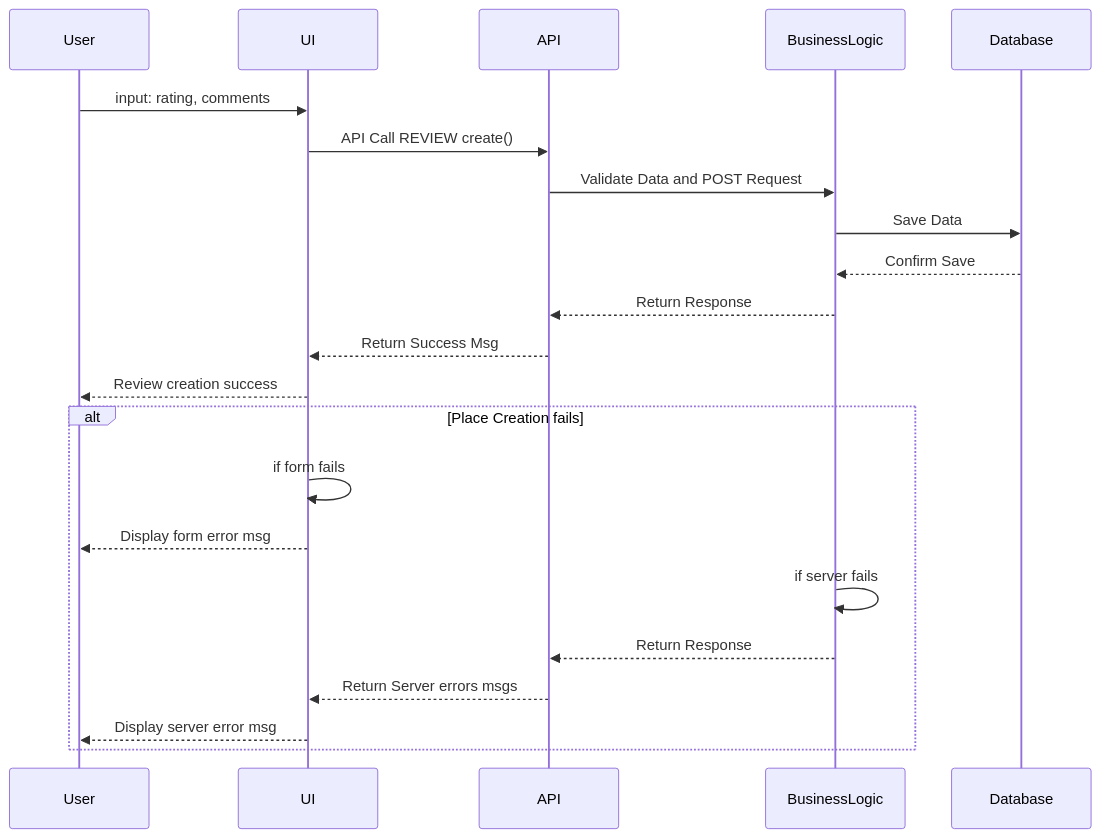
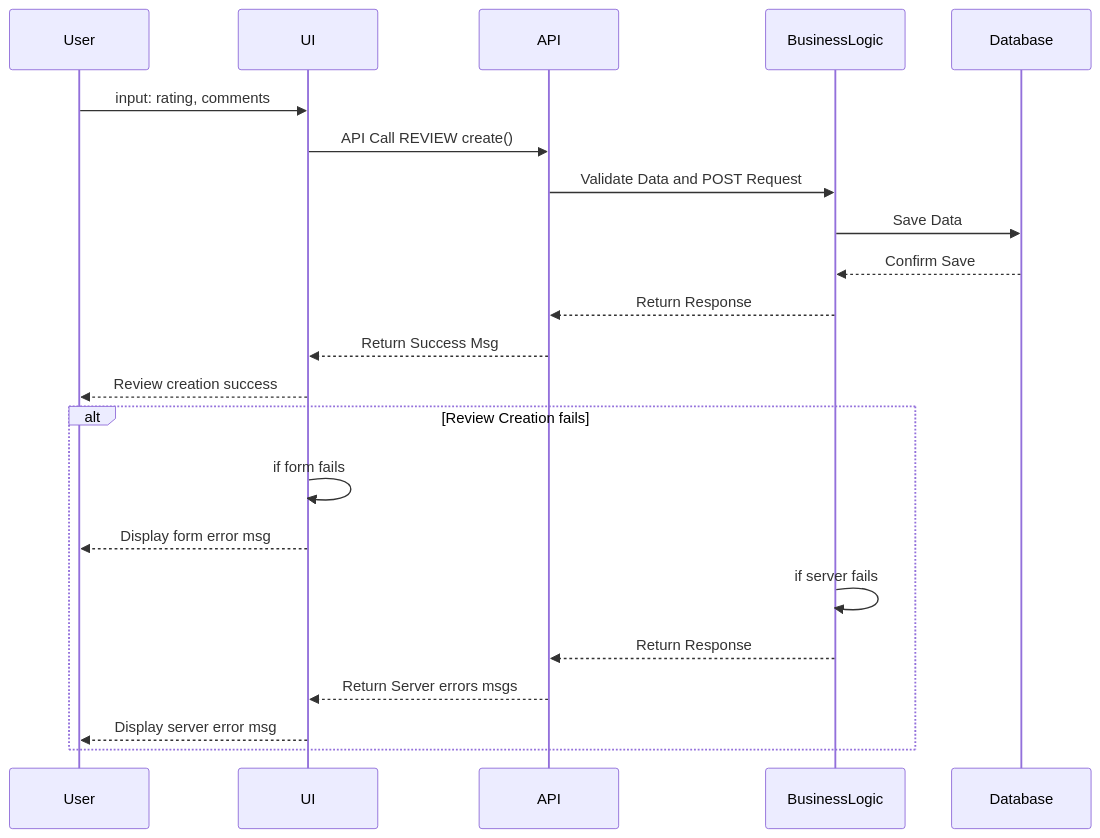
One commit to JulieRaph/holbertonschool-hbnb changed the third of 4 diagrams in part_1/sequence_diagrams.md. Above: the diagram before and after it, drawn with Mermaid. The commit also changed other lines of this file, not shown here.

Commit message:
Fix alt flows

````diff
--- a/part_1/sequence_diagrams.md
+++ b/part_1/sequence_diagrams.md
@@ -73,25 +73,25 @@
 ```mermaid
 sequenceDiagram
   participant User as User
   participant UI as UI
   participant API as API
   participant BusinessLogic as BusinessLogic
   participant Database as Database
 
   User ->> UI: input: rating, comments
   UI ->> API: API Call REVIEW create()
   API ->> BusinessLogic: Validate Data and POST Request
   BusinessLogic ->> Database: Save Data
   Database -->> BusinessLogic: Confirm Save
   BusinessLogic -->> API: Return Response
   API -->> UI: Return Success Msg
   UI -->> User: Review creation success
-  alt Place Creation fails
+  alt Review Creation fails
     UI ->> UI: if form fails
     UI -->> User: Display form error msg
     BusinessLogic ->> BusinessLogic: if server fails
     BusinessLogic -->> API: Return Response
     API -->> UI: Return Server errors msgs
     UI -->> User: Display server error msg
   end
 ```
````
